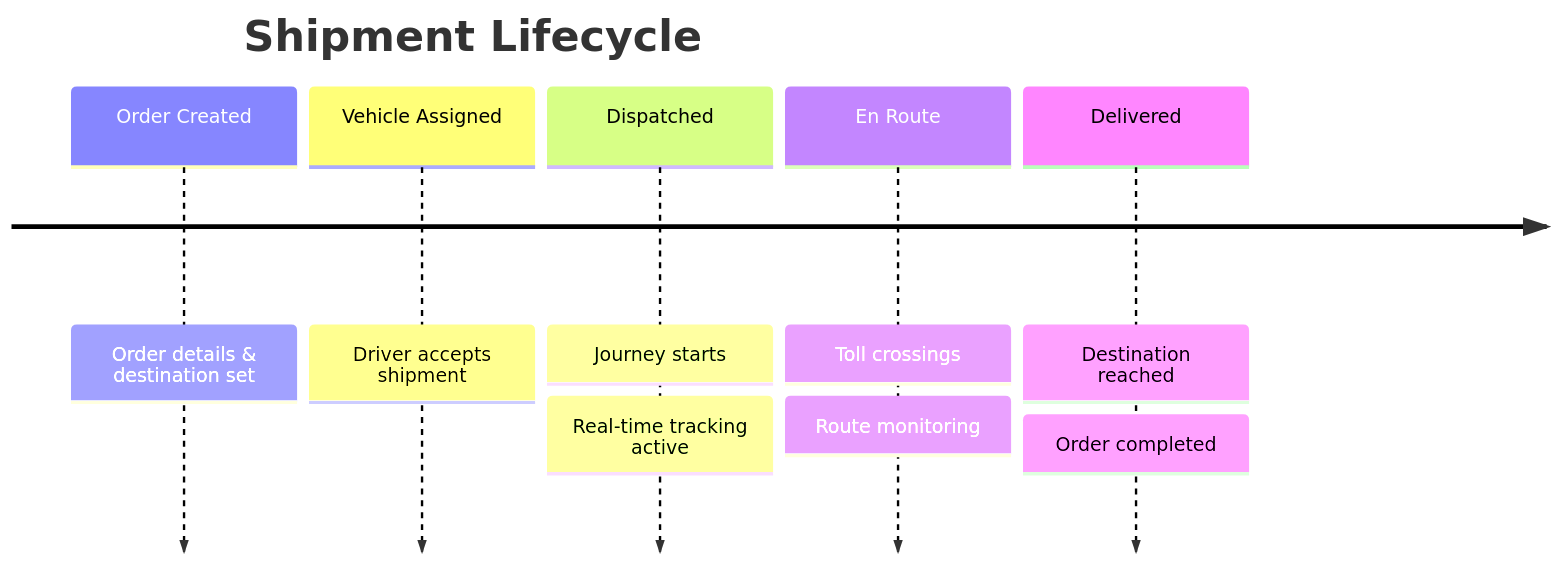
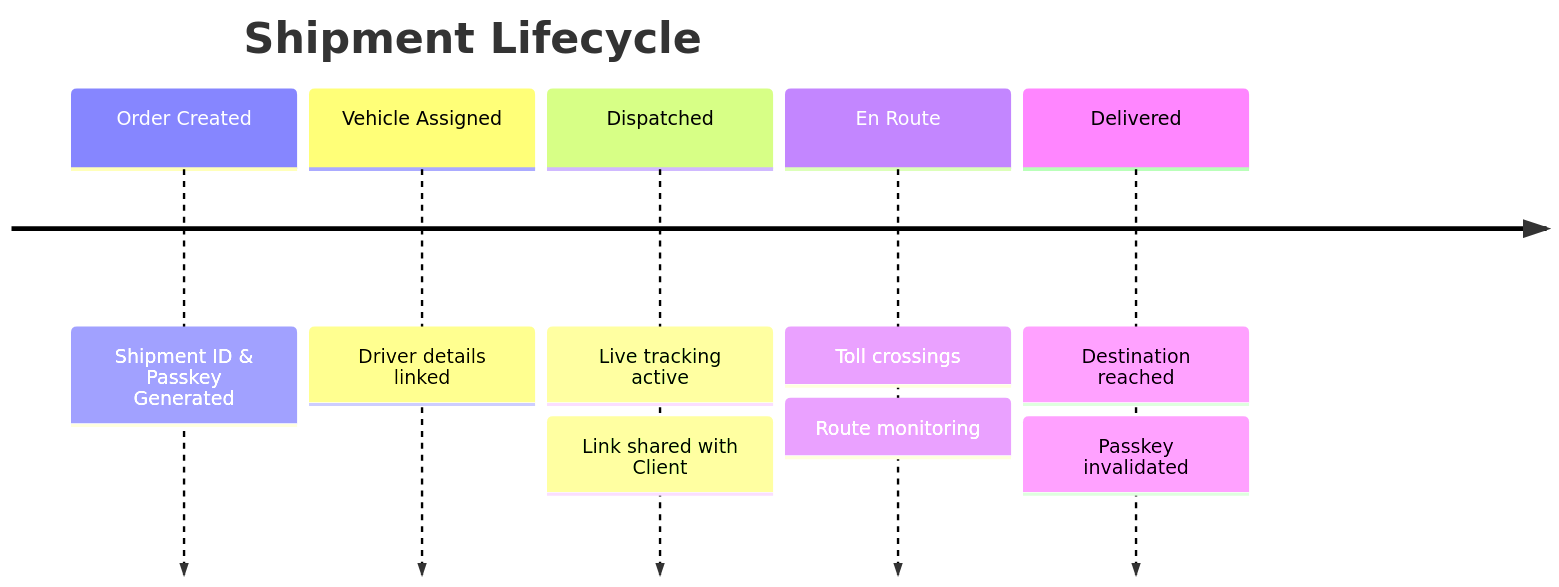
The sixth of 6 diagrams in README.md (navnita-sharma/FleetSync), drawn with Mermaid before and after one commit. The commit also changed other lines of this file and 12 other files, not shown here.

Commit message:
Initial FleetSync project with README diagrams

````diff
--- a/README.md
+++ b/README.md
@@ -148,9 +126,9 @@
 ```mermaid
 timeline
     title Shipment Lifecycle
-    Order Created : Order details & destination set
-    Vehicle Assigned : Driver accepts shipment
-    Dispatched : Journey starts : Real-time tracking active
+    Order Created : Shipment ID & Passkey Generated
+    Vehicle Assigned : Driver details linked
+    Dispatched : Live tracking active : Link shared with Client
     En Route : Toll crossings : Route monitoring
-    Delivered : Destination reached : Order completed
+    Delivered : Destination reached : Passkey invalidated
 ```
````
